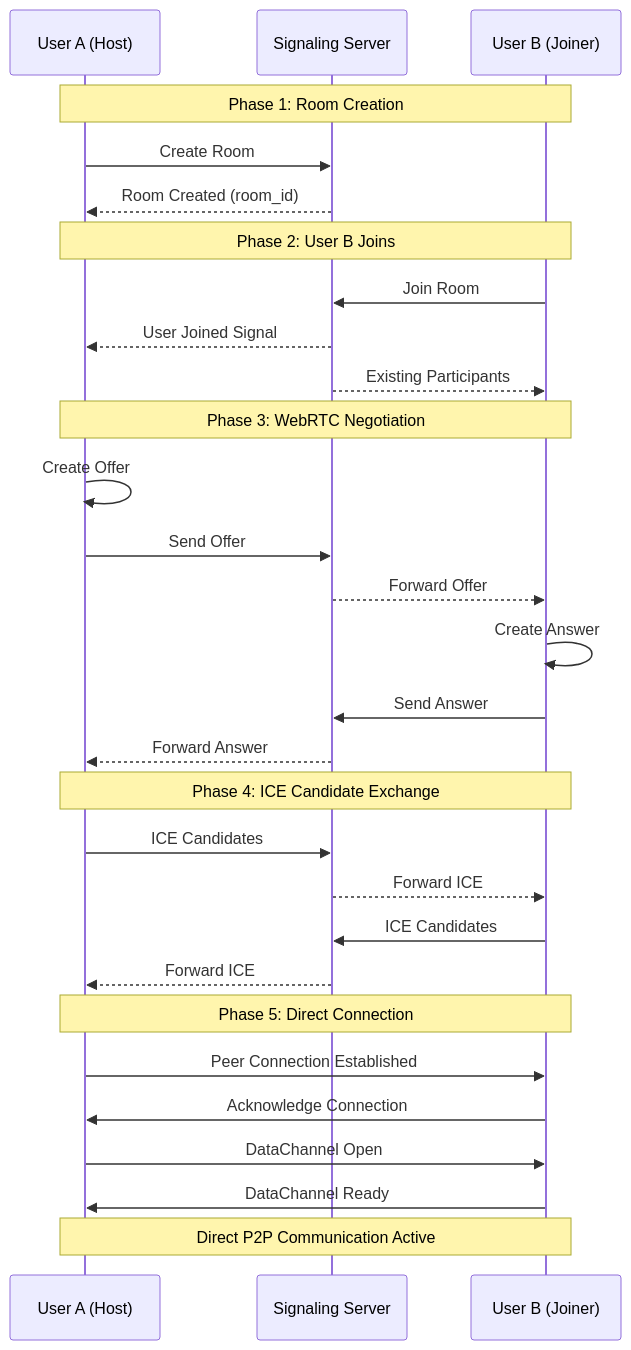
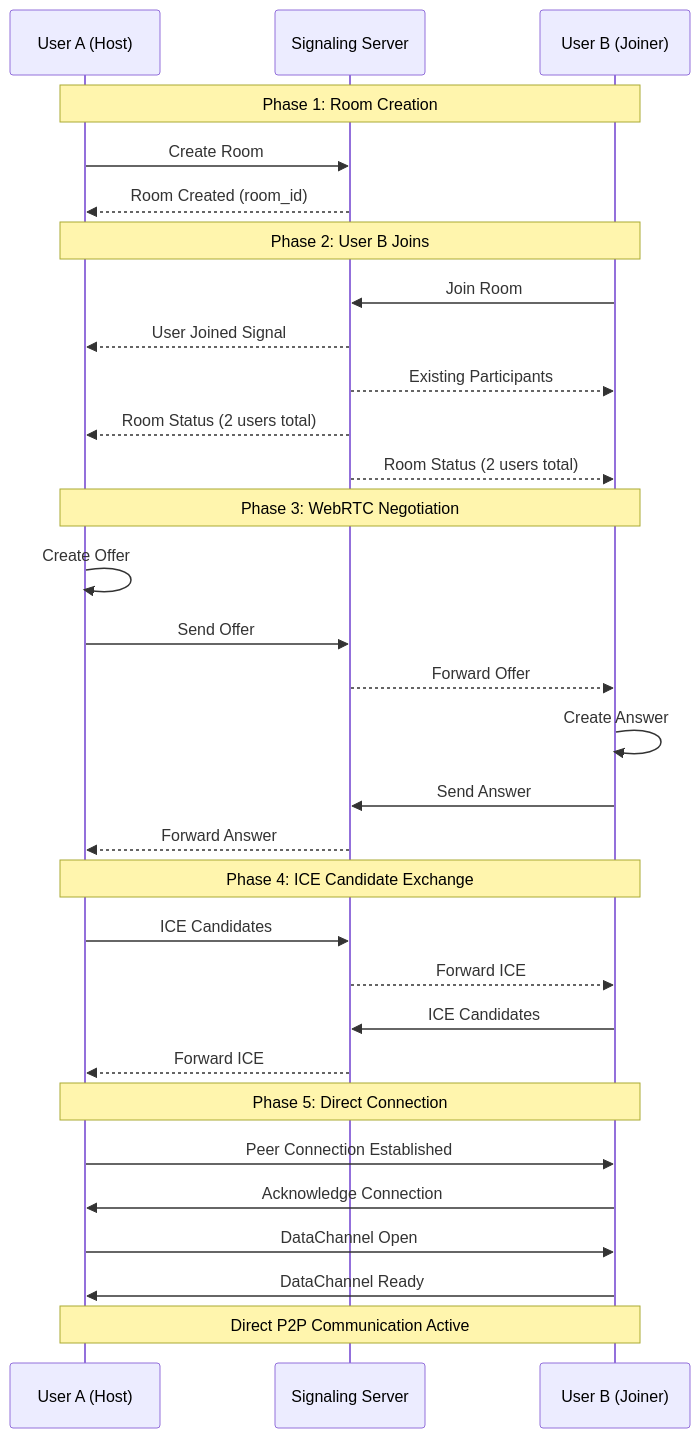
The third of 7 diagrams in docs/webrtc-dashboard-architecture.md (xlp0/LandingPage), drawn with Mermaid before and after one commit.

Commit message:
IMPROVE: Add room participant count broadcast to connection sequence
Added Phase 2 enhancement:
- Server now broadcasts room status to ALL users after new participant joins
- Shows total participant count (e.g., '2 users total')
- Both User A and User B receive the updated room status
- Enables UI to display accurate participant count in real-time

This ensures all users know how many participants are in the room
at each point in the connection lifecycle

````diff
--- a/docs/webrtc-dashboard-architecture.md
+++ b/docs/webrtc-dashboard-architecture.md
@@ -194,37 +194,39 @@
 ```mermaid
 sequenceDiagram
     participant A as User A (Host)
     participant S as Signaling Server
     participant B as User B (Joiner)
     
     Note over A,B: Phase 1: Room Creation
     A->>S: Create Room
     S-->>A: Room Created (room_id)
     
     Note over A,B: Phase 2: User B Joins
     B->>S: Join Room
     S-->>A: User Joined Signal
     S-->>B: Existing Participants
+    S-->>A: Room Status (2 users total)
+    S-->>B: Room Status (2 users total)
     
     Note over A,B: Phase 3: WebRTC Negotiation
     A->>A: Create Offer
     A->>S: Send Offer
     S-->>B: Forward Offer
     
     B->>B: Create Answer
     B->>S: Send Answer
     S-->>A: Forward Answer
     
     Note over A,B: Phase 4: ICE Candidate Exchange
     A->>S: ICE Candidates
     S-->>B: Forward ICE
     B->>S: ICE Candidates
     S-->>A: Forward ICE
     
     Note over A,B: Phase 5: Direct Connection
     A->>B: Peer Connection Established
     B->>A: Acknowledge Connection
     A->>B: DataChannel Open
     B->>A: DataChannel Ready
     Note over A,B: Direct P2P Communication Active
 ```
````
